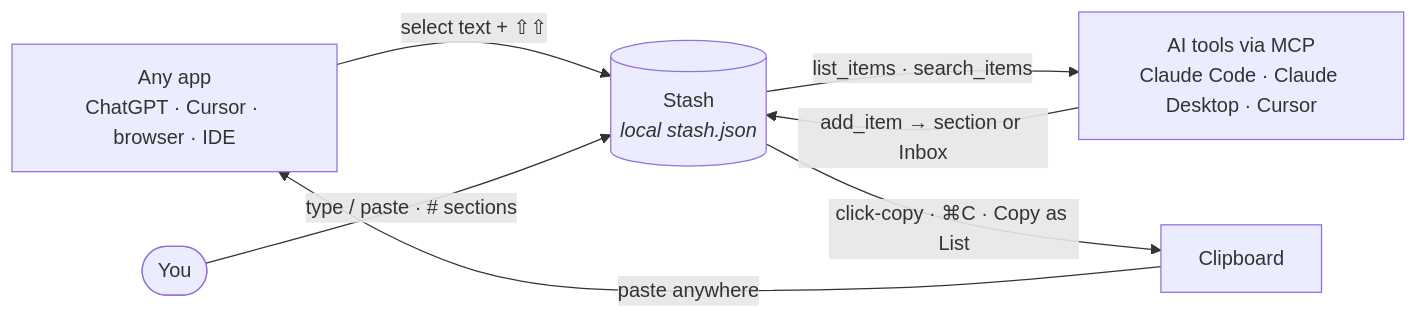
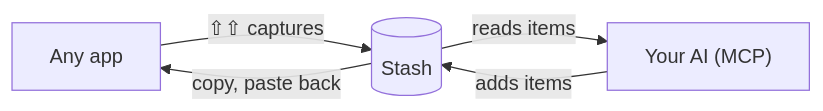
Before and after one commit to JustaName-id/stash: the diagram in README.md, drawn with Mermaid. The commit also changed other lines of this file and 15 other files, not shown here.

Commit message:
docs: simplify flow diagram and tidy wording across the project

````diff
--- a/README.md
+++ b/README.md
@@ -124,15 +124,7 @@
 ```mermaid
 flowchart LR
-    APP["Any app<br/>ChatGPT · Cursor · browser · IDE"]
-    YOU(["You"])
-    STASH[("Stash<br/><i>local stash.json</i>")]
-    AI["AI tools via MCP<br/>Claude Code · Claude Desktop · Cursor"]
-    CLIP["Clipboard"]
-
-    APP -- "select text + ⇧⇧" --> STASH
-    YOU -- "type / paste · # sections" --> STASH
-    AI -- "add_item → section or Inbox" --> STASH
-    STASH -- "list_items · search_items" --> AI
-    STASH -- "click-copy · ⌘C · Copy as List" --> CLIP
-    CLIP -- "paste anywhere" --> APP
+    APP["Any app"] -- "⇧⇧ captures" --> STASH[("Stash")]
+    STASH -- "copy, paste back" --> APP
+    AI["Your AI (MCP)"] -- "adds items" --> STASH
+    STASH -- "reads items" --> AI
 ```
````
